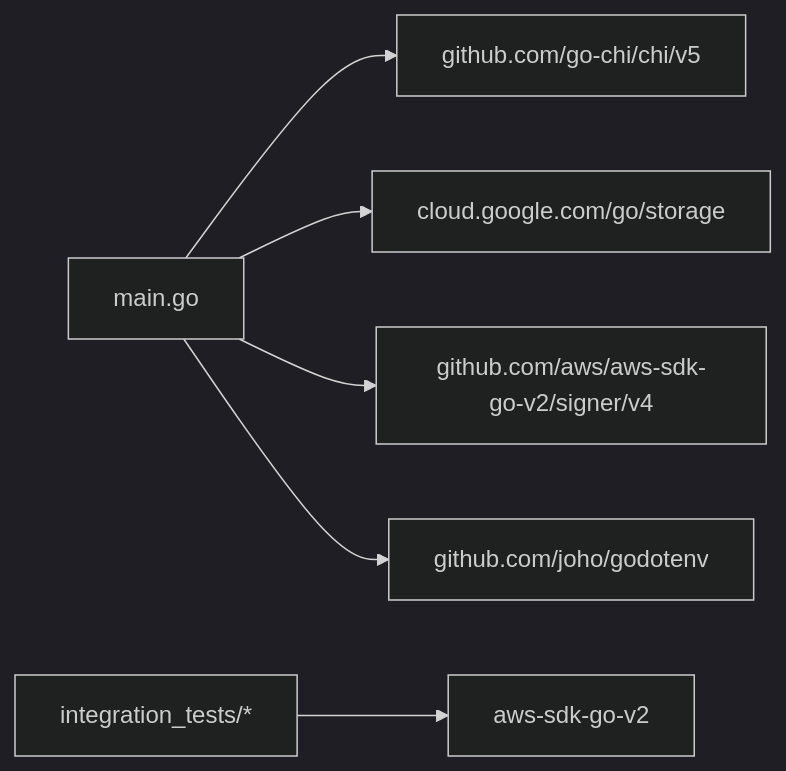
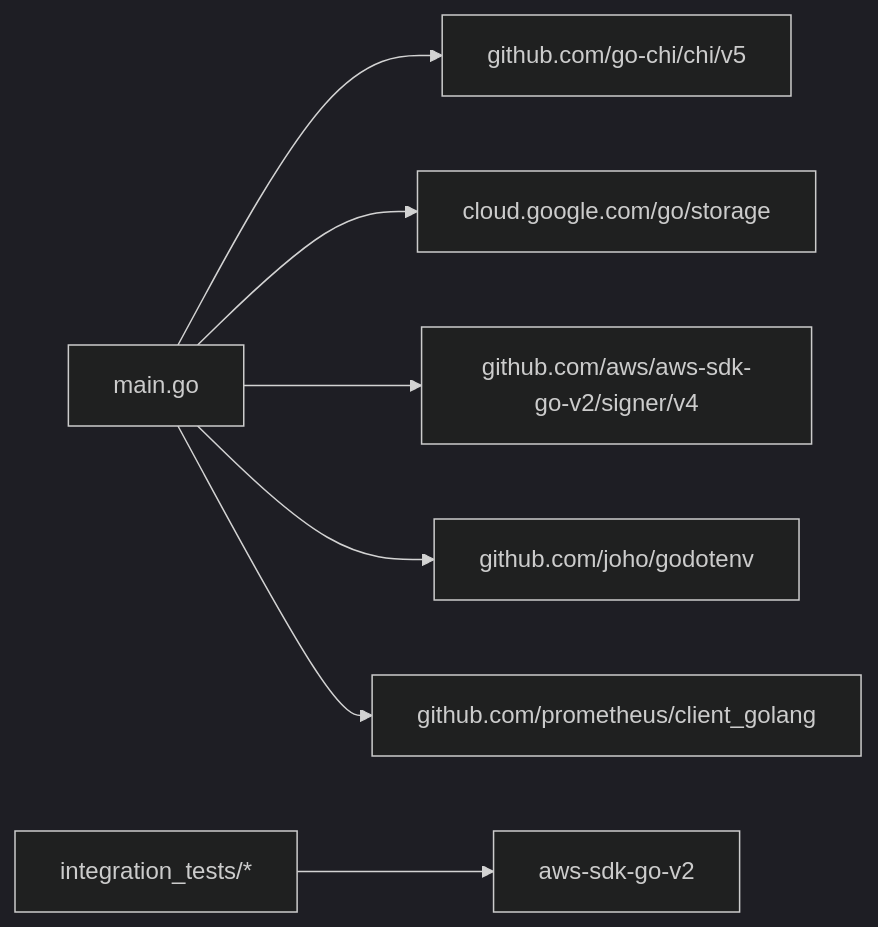
One commit to flying1574/S3Proxy4GCS changed the fifth of 5 diagrams in .qoder/repowiki/zh/content/核心功能/反向代理核心.md. Above: the diagram before and after it, drawn with Mermaid (dark theme). The commit also changed other lines of this file and 5 other files, not shown here.

````diff
--- a/.qoder/repowiki/zh/content/核心功能/反向代理核心.md
+++ b/.qoder/repowiki/zh/content/核心功能/反向代理核心.md
@@ -277,8 +339,9 @@
 ```mermaid
 graph LR
 M["main.go"] --> CHI["github.com/go-chi/chi/v5"]
 M --> GCS["cloud.google.com/go/storage"]
 M --> AWSV4["github.com/aws/aws-sdk-go-v2/signer/v4"]
 M --> DOTENV["github.com/joho/godotenv"]
+M --> PROM["github.com/prometheus/client_golang"]
 IT["integration_tests/*"] --> AWS_SDK["aws-sdk-go-v2"]
 ```
````
